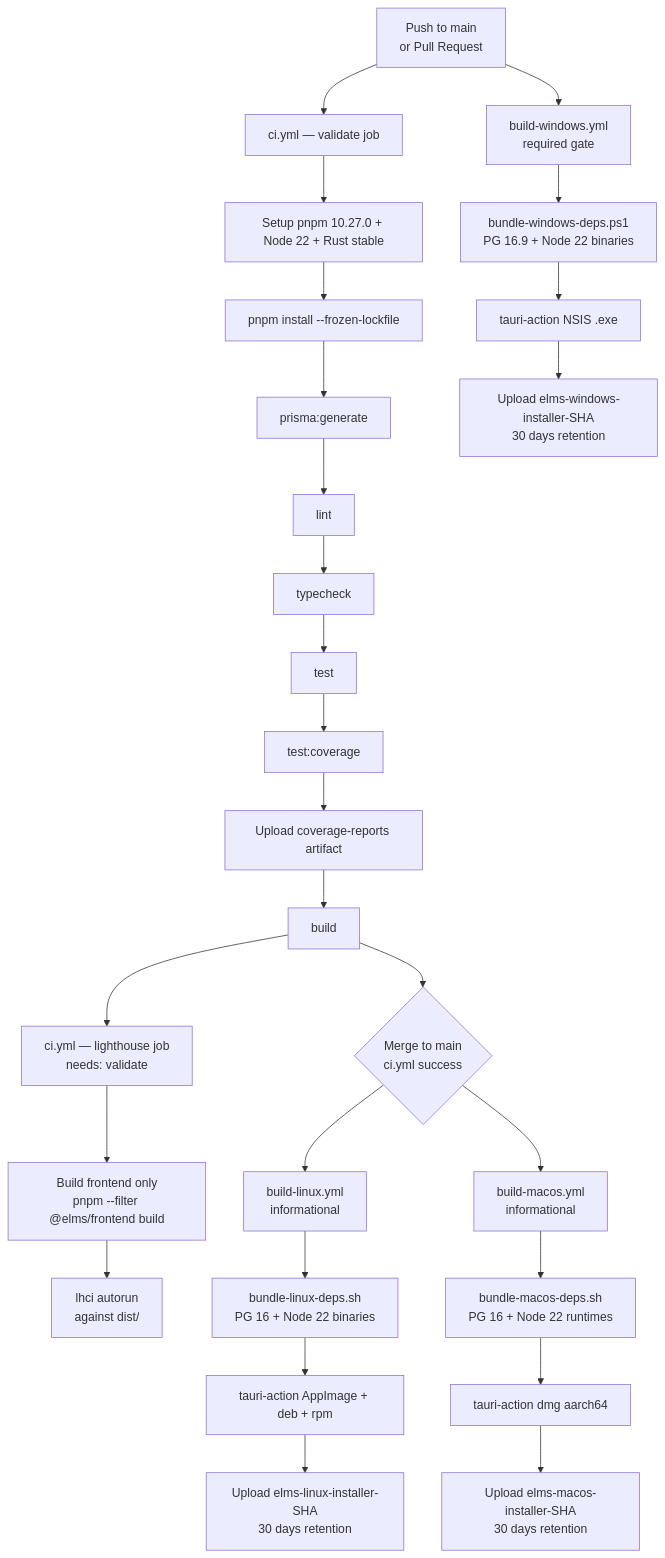
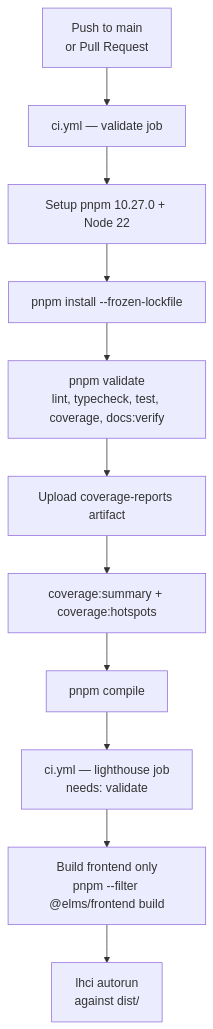
The diagram in docs/architecture/12-cicd-pipeline.md (Mahmoud-s-Khedr/legal_system), drawn with Mermaid before and after one commit. The commit also changed other lines of this file and 220 other files, not shown here.

````diff
--- a/docs/architecture/12-cicd-pipeline.md
+++ b/docs/architecture/12-cicd-pipeline.md
@@ -11,33 +11,13 @@
 ```mermaid
 flowchart TD
     A[Push to main\nor Pull Request] --> B[ci.yml — validate job]
-    B --> B1[Setup pnpm 10.27.0 + Node 22 + Rust stable]
+    B --> B1[Setup pnpm 10.27.0 + Node 22]
     B1 --> B2[pnpm install --frozen-lockfile]
-    B2 --> B3[prisma:generate]
-    B3 --> B4[lint]
-    B4 --> B5[typecheck]
-    B5 --> B6[test]
-    B6 --> B7[test:coverage]
-    B7 --> B8[Upload coverage-reports artifact]
-    B8 --> B9[build]
-    B9 --> C[ci.yml — lighthouse job\nneeds: validate]
+    B2 --> B3[pnpm validate\nlint, typecheck, test, coverage, docs:verify]
+    B3 --> B4[Upload coverage-reports artifact]
+    B4 --> B5[coverage:summary + coverage:hotspots]
+    B5 --> B6[pnpm compile]
+    B6 --> C[ci.yml — lighthouse job\nneeds: validate]
     C --> C1[Build frontend only\npnpm --filter @elms/frontend build]
     C1 --> C2[lhci autorun\nagainst dist/]
-
-    A --> F[build-windows.yml\nrequired gate]
-    B9 --> D{Merge to main\nci.yml success}
-    D --> E[build-linux.yml\ninformational]
-    D --> G[build-macos.yml\ninformational]
-
-    E --> E1[bundle-linux-deps.sh\nPG 16 + Node 22 binaries]
-    E1 --> E2[tauri-action AppImage + deb + rpm]
-    E2 --> E3[Upload elms-linux-installer-SHA\n30 days retention]
-
-    F --> F1[bundle-windows-deps.ps1\nPG 16.9 + Node 22 binaries]
-    F1 --> F2[tauri-action NSIS .exe]
-    F2 --> F3[Upload elms-windows-installer-SHA\n30 days retention]
-
-    G --> G1[bundle-macos-deps.sh\nPG 16 + Node 22 runtimes]
-    G1 --> G2[tauri-action dmg aarch64]
-    G2 --> G3[Upload elms-macos-installer-SHA\n30 days retention]
 ```
````
